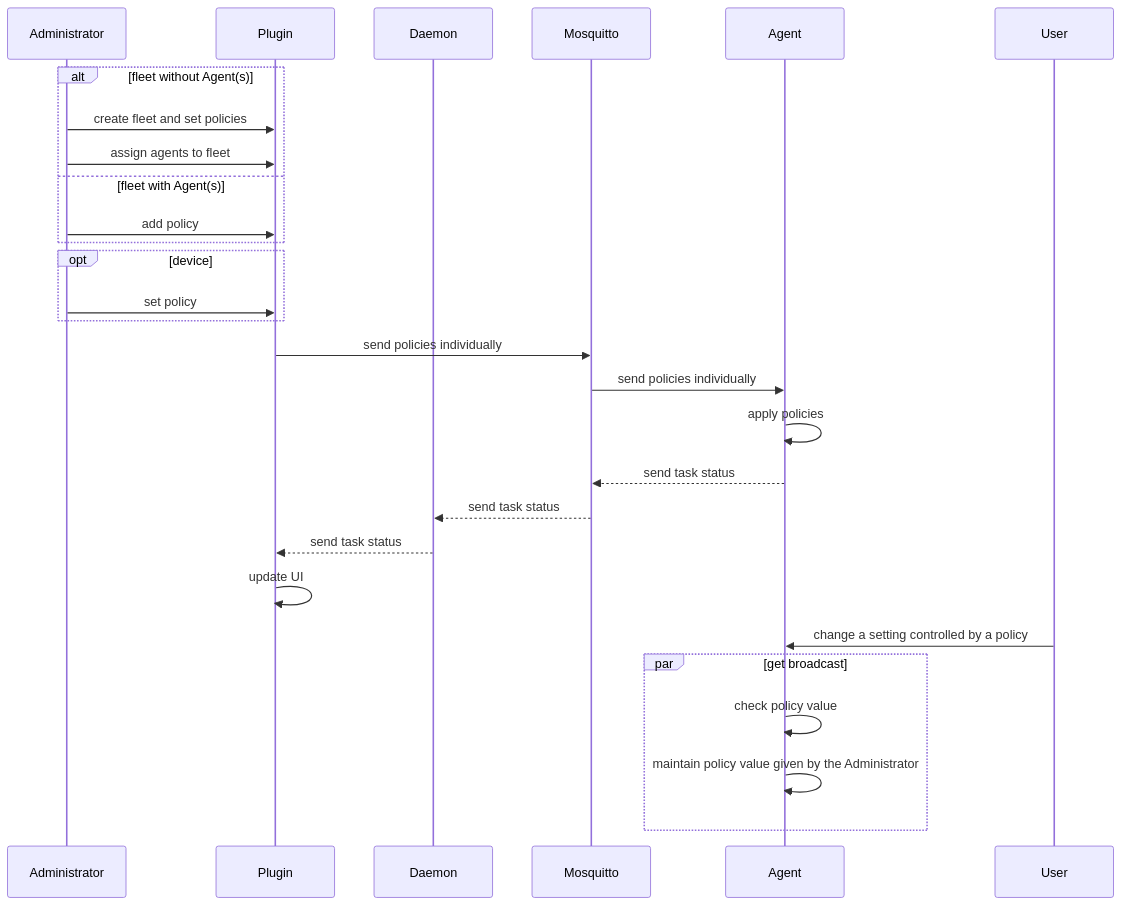
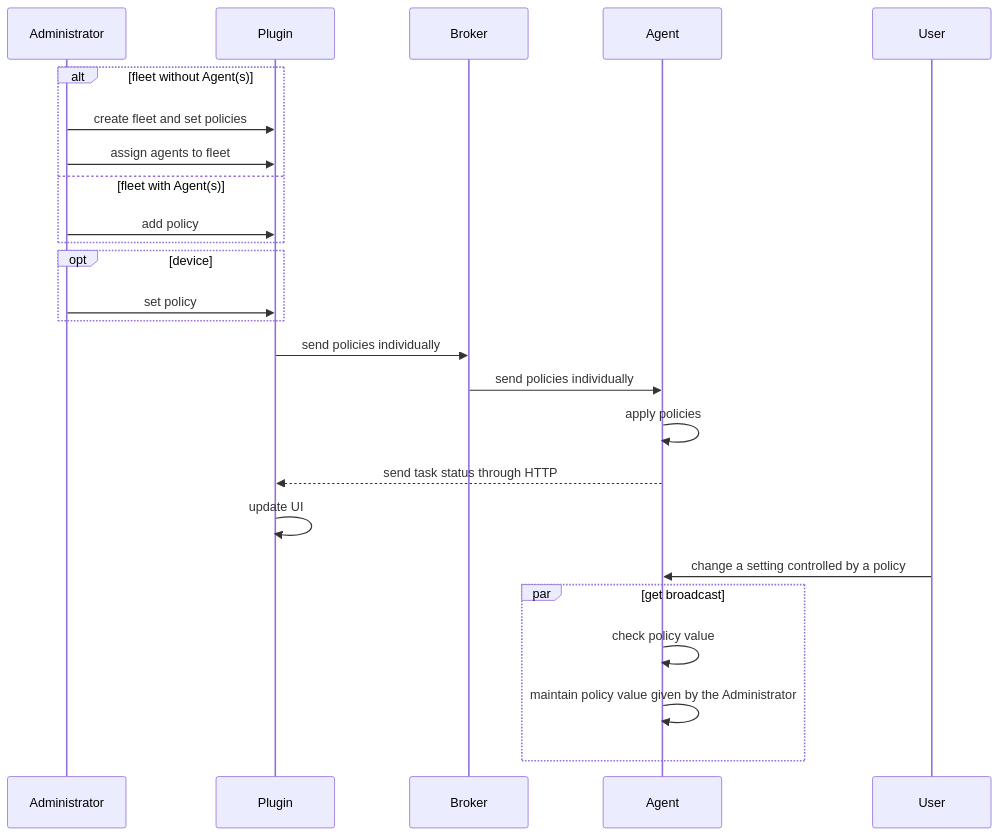
The fifth of 14 diagrams in source/contribute/diagrams.rst (flyve-mdm/doc), drawn with Mermaid before and after one commit. The commit also changed other lines of this file, not shown here.

First line of the commit message:
docs(uml): add fcm diagrams

```diff
--- a/source/contribute/diagrams.rst
+++ b/source/contribute/diagrams.rst
@@ -59,30 +93,27 @@
 .. mermaid::
 
    sequenceDiagram
     participant A as Administrator
     participant P as Plugin
-    participant D as Daemon
-    participant M as Mosquitto
+    participant B as Broker
     participant Ag as Agent
     participant U as User
     alt fleet without Agent(s)
         A->>P: create fleet and set policies
         A->>P: assign agents to fleet
     else fleet with Agent(s)
         A->>P: add policy
     end
     opt device
         A->>P: set policy
     end
-    P->>M: send policies individually
-    M->>Ag: send policies individually
+    P->>B: send policies individually
+    B->>Ag: send policies individually
     Ag->>Ag: apply policies
-    Ag-->>M: send task status
-    M-->>D: send task status
-    D-->>P: send task status
+    Ag-->>P: send task status through HTTP
     P->>P: update UI
     U->>Ag: change a setting controlled by a policy
     par get broadcast
         Ag->>Ag: check policy value
         Ag->>Ag: maintain policy value given by the Administrator
     end
```
